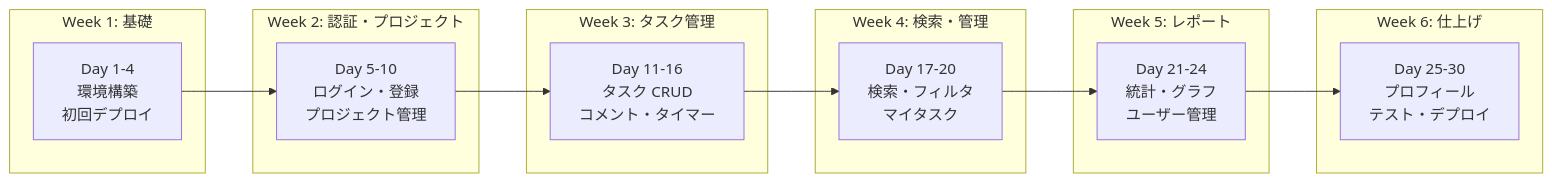
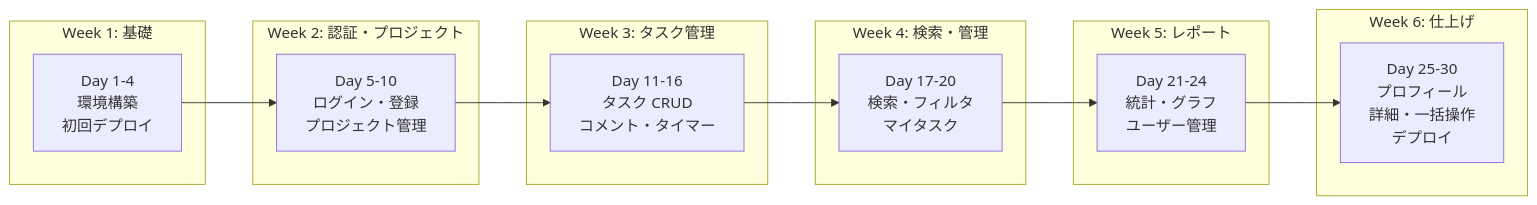
The diagram in material/30days-curriculum/day30_完成版を公開！卒業！.md (kouiso/task-app), drawn with Mermaid before and after one commit. The commit also changed other lines of this file and 13 other files, not shown here.

First line of the commit message:
feat: Day 27-29をセキュリティ・テスト・総点検から実装系トピックに再構成

````diff
--- a/material/30days-curriculum/day30_完成版を公開！卒業！.md
+++ b/material/30days-curriculum/day30_完成版を公開！卒業！.md
@@ -25,22 +25,22 @@
 ```mermaid
 graph LR
     subgraph "Week 1: 基礎"
         A[Day 1-4<br/>環境構築<br/>初回デプロイ]
     end
     subgraph "Week 2: 認証・プロジェクト"
         B[Day 5-10<br/>ログイン・登録<br/>プロジェクト管理]
     end
     subgraph "Week 3: タスク管理"
         C[Day 11-16<br/>タスク CRUD<br/>コメント・タイマー]
     end
     subgraph "Week 4: 検索・管理"
         D[Day 17-20<br/>検索・フィルタ<br/>マイタスク]
     end
     subgraph "Week 5: レポート"
         E[Day 21-24<br/>統計・グラフ<br/>ユーザー管理]
     end
     subgraph "Week 6: 仕上げ"
-        F[Day 25-30<br/>プロフィール<br/>テスト・デプロイ]
+        F[Day 25-30<br/>プロフィール<br/>詳細・一括操作<br/>デプロイ]
     end
     A --> B --> C --> D --> E --> F
 ```
````
